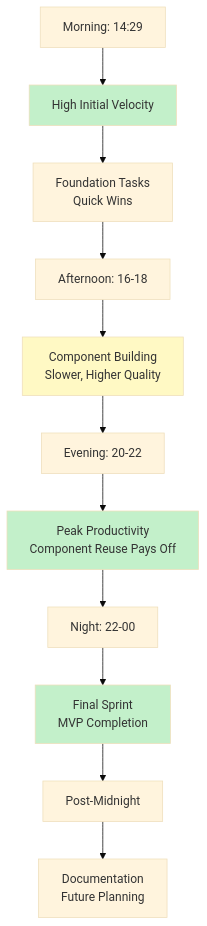
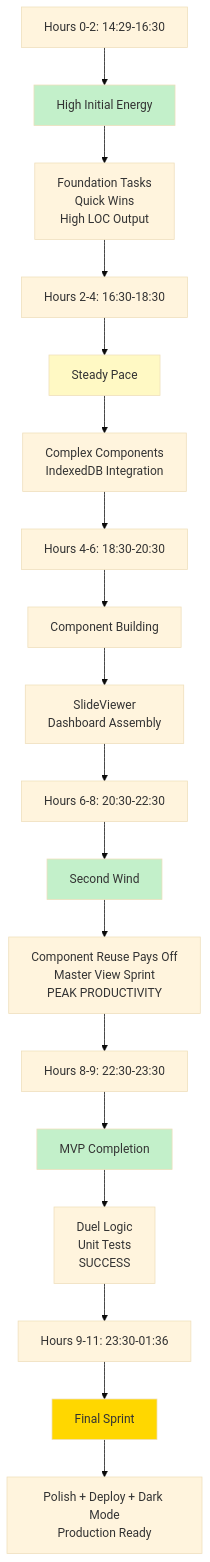
One commit to rfrowe/the_floor changed the eighth of 10 diagrams in docs/analysis/performance-analysis.md. Above: the diagram before and after it, drawn with Mermaid (base theme). The commit also changed other lines of this file and 5 other files, not shown here.

First line of the commit message:
docs: complete session analysis with final metrics and DST-adjusted timeline

````diff
--- a/docs/analysis/performance-analysis.md
+++ b/docs/analysis/performance-analysis.md
@@ -427,22 +489,31 @@
 ```mermaid
 graph TD
-    A[Morning: 14:29] --> B[High Initial Velocity]
-    B --> C[Foundation Tasks<br/>Quick Wins]
+    A[Hours 0-2: 14:29-16:30] --> B[High Initial Energy]
+    B --> C[Foundation Tasks<br/>Quick Wins<br/>High LOC Output]
 
-    C --> D[Afternoon: 16-18]
-    D --> E[Component Building<br/>Slower, Higher Quality]
+    C --> D[Hours 2-4: 16:30-18:30]
+    D --> E[Steady Pace]
+    E --> F[Complex Components<br/>IndexedDB Integration]
 
-    E --> F[Evening: 20-22]
-    F --> G[Peak Productivity<br/>Component Reuse Pays Off]
+    F --> G[Hours 4-6: 18:30-20:30]
+    G --> H[Component Building]
+    H --> I[SlideViewer<br/>Dashboard Assembly]
 
-    G --> H[Night: 22-00]
-    H --> I[Final Sprint<br/>MVP Completion]
+    I --> J[Hours 6-8: 20:30-22:30]
+    J --> K[Second Wind]
+    K --> L[Component Reuse Pays Off<br/>Master View Sprint<br/>PEAK PRODUCTIVITY]
 
-    I --> J[Post-Midnight]
-    J --> K[Documentation<br/>Future Planning]
+    L --> M[Hours 8-9: 22:30-23:30]
+    M --> N[MVP Completion]
+    N --> O[Duel Logic<br/>Unit Tests<br/>SUCCESS]
+
+    O --> P[Hours 9-11: 23:30-01:36]
+    P --> Q[Final Sprint]
+    Q --> R[Polish + Deploy + Dark Mode<br/>Production Ready]
 
     style B fill:#c3f0ca
     style E fill:#fff9c4
-    style G fill:#c3f0ca
-    style I fill:#c3f0ca
+    style K fill:#c3f0ca
+    style N fill:#c3f0ca
+    style Q fill:#ffd700
 ```
````
